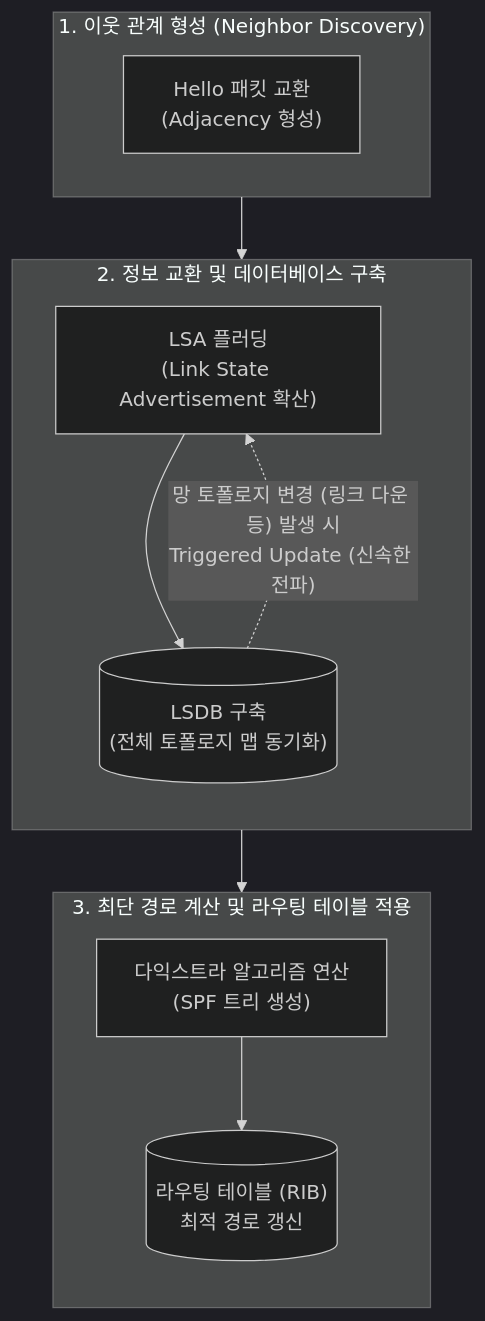
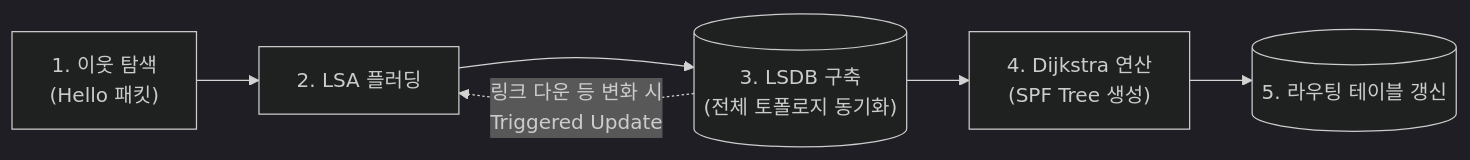
One commit to supremethumb/supremethumb.github.io changed the diagram in content/01_IT Tech/링크 상태 알고리즘.md. Above: the diagram before and after it, drawn with Mermaid (dark theme). The commit also changed other lines of this file and 1087 other files, not shown here.

````diff
--- a/content/01_IT Tech/링크 상태 알고리즘.md
+++ b/content/01_IT Tech/링크 상태 알고리즘.md
@@ -28,26 +36,8 @@
 ```mermaid
-flowchart TD
-    subgraph Phase1 ["1. 이웃 관계 형성 (Neighbor Discovery)"]
-        A["Hello 패킷 교환<br/>(Adjacency 형성)"]
-    end
-    
-    subgraph Phase2 ["2. 정보 교환 및 데이터베이스 구축"]
-        direction TB
-        B["LSA 플러딩<br/>(Link State Advertisement 확산)"]
-        C[("LSDB 구축<br/>(전체 토폴로지 맵 동기화)")]
-        B --> C
-    end
-    
-    subgraph Phase3 ["3. 최단 경로 계산 및 라우팅 테이블 적용"]
-        direction TB
-        D["다익스트라 알고리즘 연산<br/>(SPF 트리 생성)"]
-        E[("라우팅 테이블 (RIB)<br/>최적 경로 갱신")]
-        D --> E
-    end
-    
-    Phase1 --> Phase2
-    Phase2 --> Phase3
-    
-    C -. "망 토폴로지 변경 (링크 다운 등) 발생 시<br/>Triggered Update (신속한 전파)" .-> B
-
+flowchart LR
+    A["1. 이웃 탐색<br/>(Hello 패킷)"] --> B["2. LSA 플러딩"]
+    B --> C[("3. LSDB 구축<br/>(전체 토폴로지 동기화)")]
+    C --> D["4. Dijkstra 연산<br/>(SPF Tree 생성)"]
+    D --> E[("5. 라우팅 테이블 갱신")]
+    C -. "링크 다운 등 변화 시<br/>Triggered Update" .-> B
 ```
````
